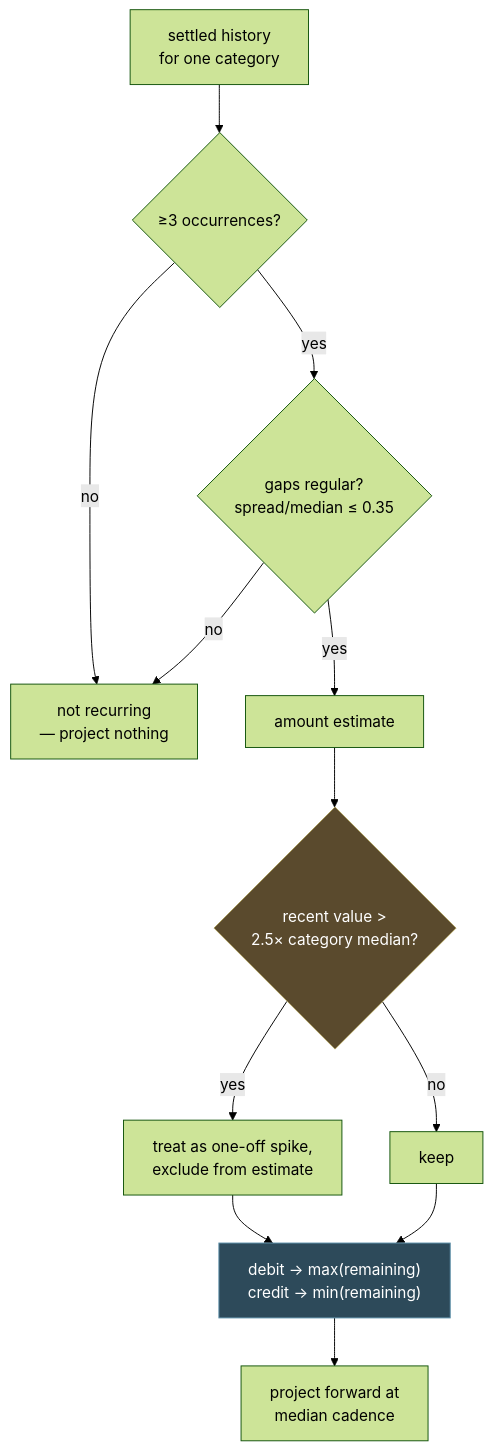
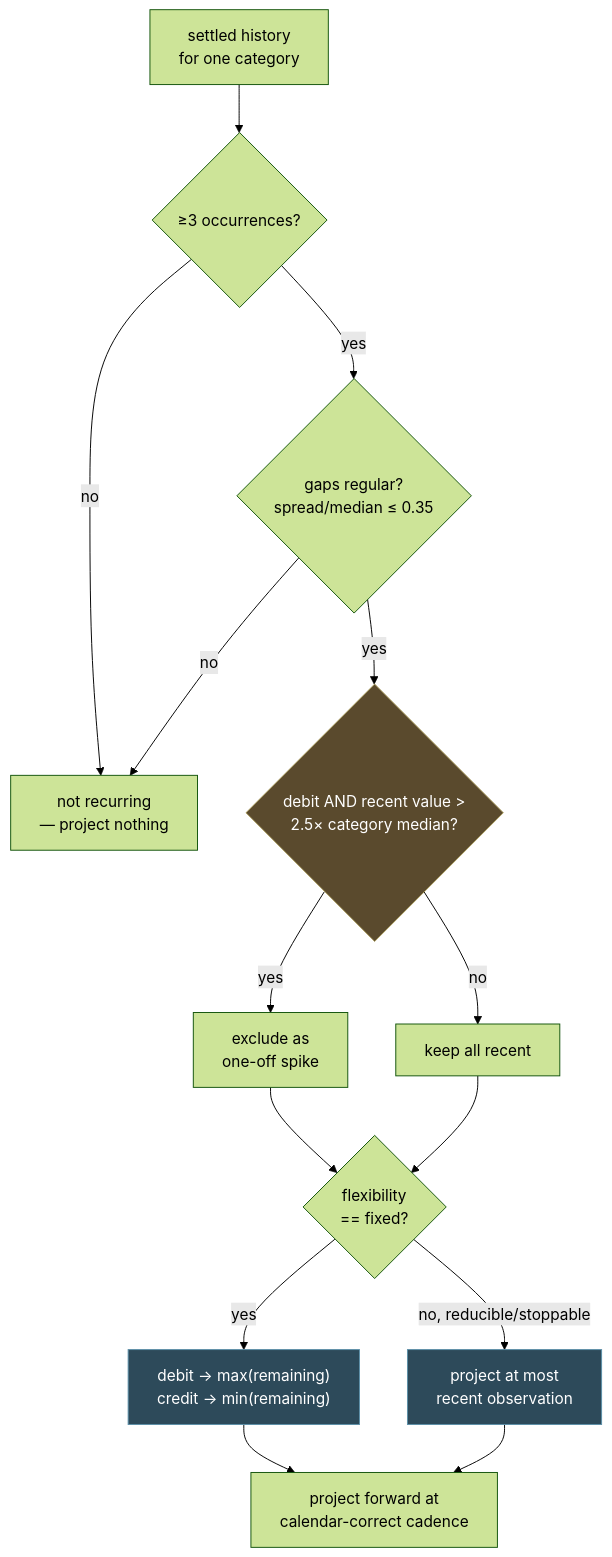
One commit to Pranav-error/buy-or-wait changed the fourth of 5 diagrams in code/ARCHITECTURE.md. Above: the diagram before and after it, drawn with Mermaid (forest theme). The commit also changed other lines of this file and 7 other files, not shown here.

````diff
--- a/code/ARCHITECTURE.md
+++ b/code/ARCHITECTURE.md
@@ -160,17 +160,20 @@
 ```mermaid
 flowchart TD
     H["settled history<br/>for one category"] --> C1{"≥3 occurrences?"}
     C1 -->|no| SKIP["not recurring<br/>— project nothing"]
     C1 -->|yes| C2{"gaps regular?<br/>spread/median ≤ 0.35"}
     C2 -->|no| SKIP
-    C2 -->|yes| AMT["amount estimate"]
-    AMT --> SPIKE{"recent value ><br/>2.5× category median?"}
-    SPIKE -->|yes| DROP["treat as one-off spike,<br/>exclude from estimate"]
-    SPIKE -->|no| KEEP["keep"]
-    DROP --> EST
-    KEEP --> EST["debit → max(remaining)<br/>credit → min(remaining)"]
-    EST --> PROJ["project forward at<br/>median cadence"]
+    C2 -->|yes| SPIKE{"debit AND recent value ><br/>2.5× category median?"}
+    SPIKE -->|yes| DROP["exclude as<br/>one-off spike"]
+    SPIKE -->|no| KEEP["keep all recent"]
+    DROP --> FIX{"flexibility<br/>== fixed?"}
+    KEEP --> FIX
+    FIX -->|yes| EST1["debit → max(remaining)<br/>credit → min(remaining)"]
+    FIX -->|no, reducible/stoppable| EST2["project at most<br/>recent observation"]
+    EST1 --> PROJ["project forward at<br/>calendar-correct cadence"]
+    EST2 --> PROJ
 
     style SPIKE fill:#5a4a2d,stroke:#a89a5b,color:#fff
-    style EST fill:#2d4a5a,stroke:#5b8fa8,color:#fff
+    style EST1 fill:#2d4a5a,stroke:#5b8fa8,color:#fff
+    style EST2 fill:#2d4a5a,stroke:#5b8fa8,color:#fff
 ```
````
